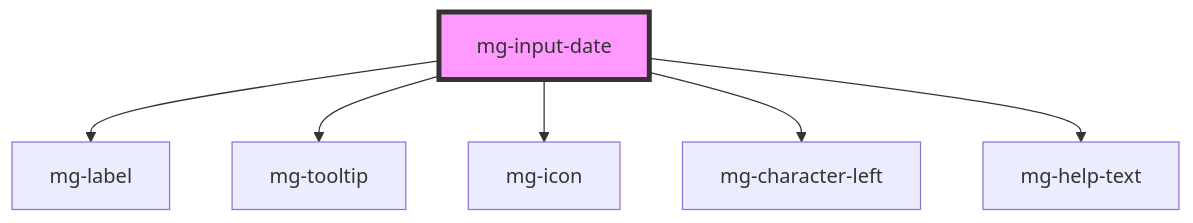
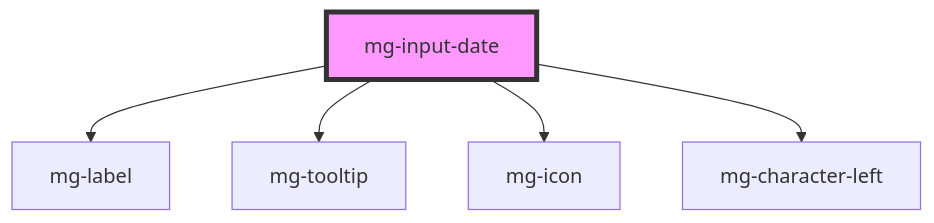
Before and after one commit to MGDIS/mg-components: the diagram in src/components/molecules/inputs/mg-input-date/readme.md, drawn with Mermaid. The commit also changed other lines of this file and 26 other files, not shown here.

First line of the commit message:
style(mg-input): improve Accessibility / Remove mg-help-text / Define style

````diff
--- a/src/components/molecules/inputs/mg-input-date/readme.md
+++ b/src/components/molecules/inputs/mg-input-date/readme.md
@@ -43,9 +42,8 @@
 ```mermaid
 graph TD;
   mg-input-date --> mg-label
   mg-input-date --> mg-tooltip
   mg-input-date --> mg-icon
   mg-input-date --> mg-character-left
-  mg-input-date --> mg-help-text
   style mg-input-date fill:#f9f,stroke:#333,stroke-width:4px
 ```
````
